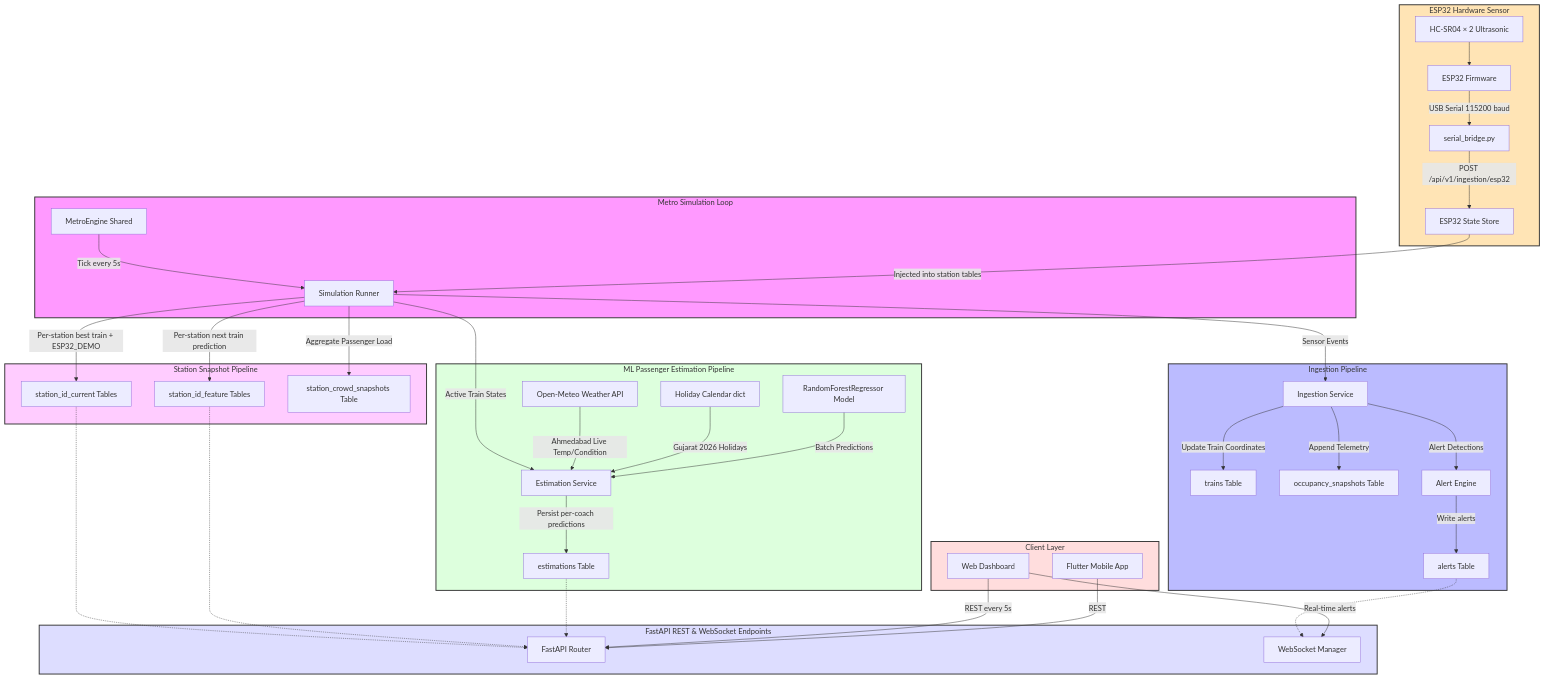
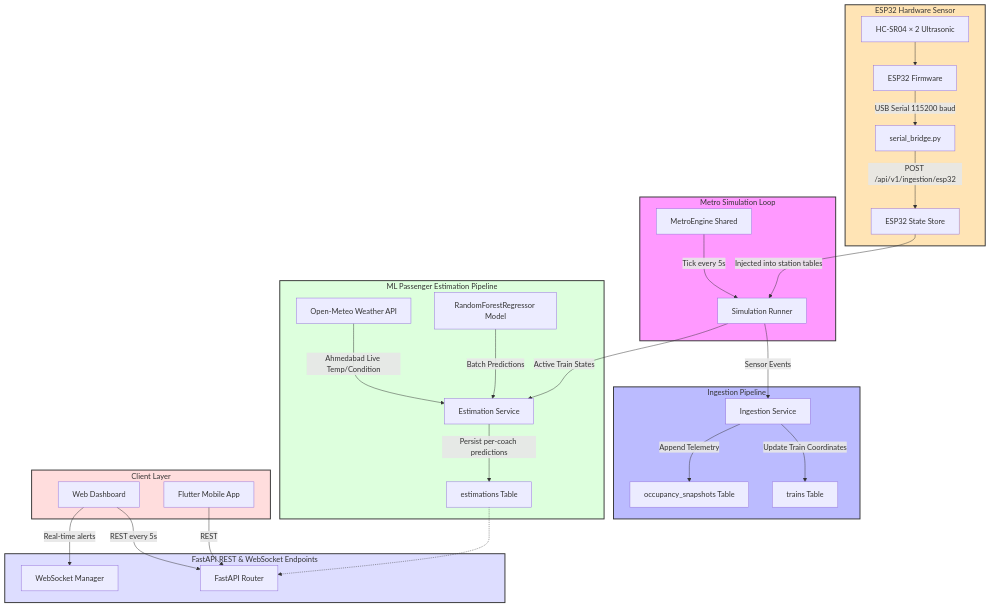
One commit to AkshayChauhan3/smrtest changed the diagram in README.md. Above: the diagram before and after it, drawn with Mermaid. The commit also changed other lines of this file and 2 other files, not shown here.

````diff
--- a/README.md
+++ b/README.md
@@ -301,67 +122,53 @@
 ```mermaid
 graph TD
     %% Hardware Source
     subgraph Hardware [ESP32 Hardware Sensor]
         HW[HC-SR04 × 2 Ultrasonic] --> FW[ESP32 Firmware]
         FW -->|USB Serial 115200 baud| BR[serial_bridge.py]
         BR -->|POST /api/v1/ingestion/esp32| ES32[ESP32 State Store]
     end
 
     %% Simulation source
     subgraph Simulation [Metro Simulation Loop]
         ME[MetroEngine Shared] -->|Tick every 5s| SR[Simulation Runner]
         ES32 -->|Injected into station tables| SR
     end
 
     %% Ingestion Pipeline
     subgraph Ingestion [Ingestion Pipeline]
         SR -->|Sensor Events| IS[Ingestion Service]
         IS -->|Update Train Coordinates| TR[trains Table]
         IS -->|Append Telemetry| OS[occupancy_snapshots Table]
-        IS -->|Alert Detections| AE[Alert Engine]
-        AE -->|Write alerts| ALT[alerts Table]
-    end
-
-    %% Station Snapshot Pipeline
-    subgraph Station_Snapshots [Station Snapshot Pipeline]
-        SR -->|Per-station best train + ESP32_DEMO| SC[station_id_current Tables]
-        SR -->|Per-station next train prediction| SF[station_id_feature Tables]
-        SR -->|Aggregate Passenger Load| SCS[station_crowd_snapshots Table]
     end
 
     %% ML Estimation Pipeline
     subgraph ML_Pipeline [ML Passenger Estimation Pipeline]
         SR -->|Active Train States| ES[Estimation Service]
         OM[Open-Meteo Weather API] -->|Ahmedabad Live Temp/Condition| ES
-        HOL[Holiday Calendar dict] -->|Gujarat 2026 Holidays| ES
         RF[RandomForestRegressor Model] -->|Batch Predictions| ES
         ES -->|Persist per-coach predictions| EST[estimations Table]
     end
 
     %% API Consumption
     subgraph BackendAPI [FastAPI REST & WebSocket Endpoints]
         API[FastAPI Router]
         WS[WebSocket Manager]
-        SC -.-> API
-        SF -.-> API
         EST -.-> API
-        ALT -.-> WS
     end
 
     %% Clients
     subgraph Clients [Client Layer]
         FE[Web Dashboard]
         APP[Flutter Mobile App]
         FE -->|REST every 5s| API
         FE -->|Real-time alerts| WS
         APP -->|REST| API
     end
 
     style Hardware fill:#ffe4b5,stroke:#333,stroke-width:2px
     style Simulation fill:#f9f,stroke:#333,stroke-width:2px
     style Ingestion fill:#bbf,stroke:#333,stroke-width:2px
-    style Station_Snapshots fill:#fcf,stroke:#333,stroke-width:2px
     style ML_Pipeline fill:#dfd,stroke:#333,stroke-width:2px
     style BackendAPI fill:#ddf,stroke:#333,stroke-width:2px
     style Clients fill:#fdd,stroke:#333,stroke-width:2px
 ```
````
